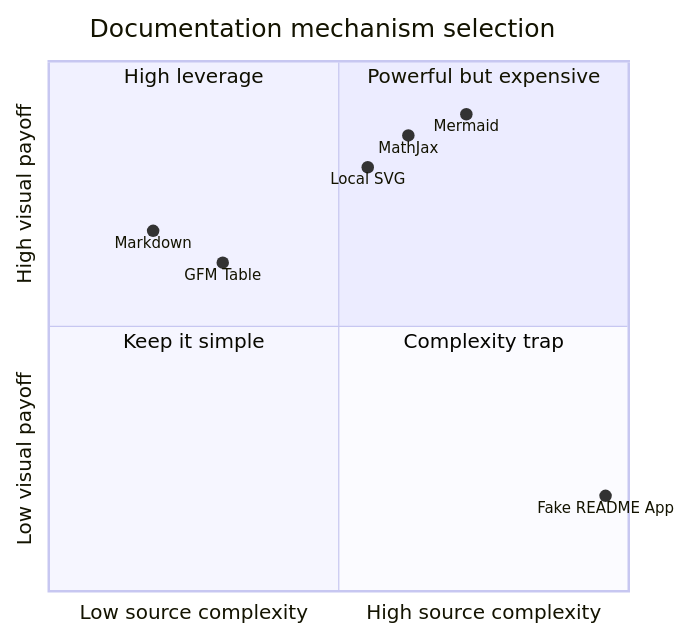
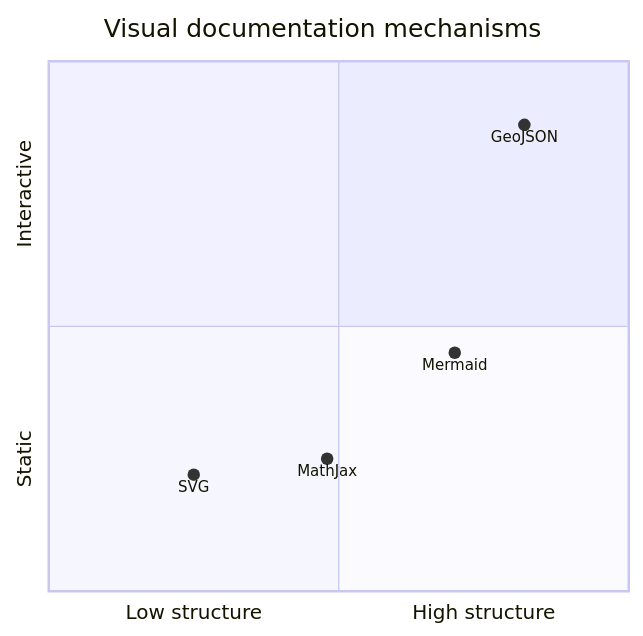
Diagram 13 of 16 in README.md (thiepn/markdown), drawn with Mermaid before and after one commit. The commit also changed other lines of this file, not shown here.

Commit message:
M10: build interactive GeoJSON showcase

````diff
--- a/README.md
+++ b/README.md
@@ -1168,16 +903,10 @@
 ```mermaid
 quadrantChart
-    title Documentation mechanism selection
-    x-axis Low source complexity --> High source complexity
-    y-axis Low visual payoff --> High visual payoff
-    quadrant-1 Powerful but expensive
-    quadrant-2 High leverage
-    quadrant-3 Keep it simple
-    quadrant-4 Complexity trap
-    Markdown: [0.18, 0.68]
-    GFM Table: [0.30, 0.62]
-    Local SVG: [0.55, 0.80]
-    MathJax: [0.62, 0.86]
-    Mermaid: [0.72, 0.90]
-    Fake README App: [0.96, 0.18]
+    title Visual documentation mechanisms
+    x-axis Low structure --> High structure
+    y-axis Static --> Interactive
+    SVG: [0.25, 0.22]
+    MathJax: [0.48, 0.25]
+    Mermaid: [0.70, 0.45]
+    GeoJSON: [0.82, 0.88]
 ```
````
